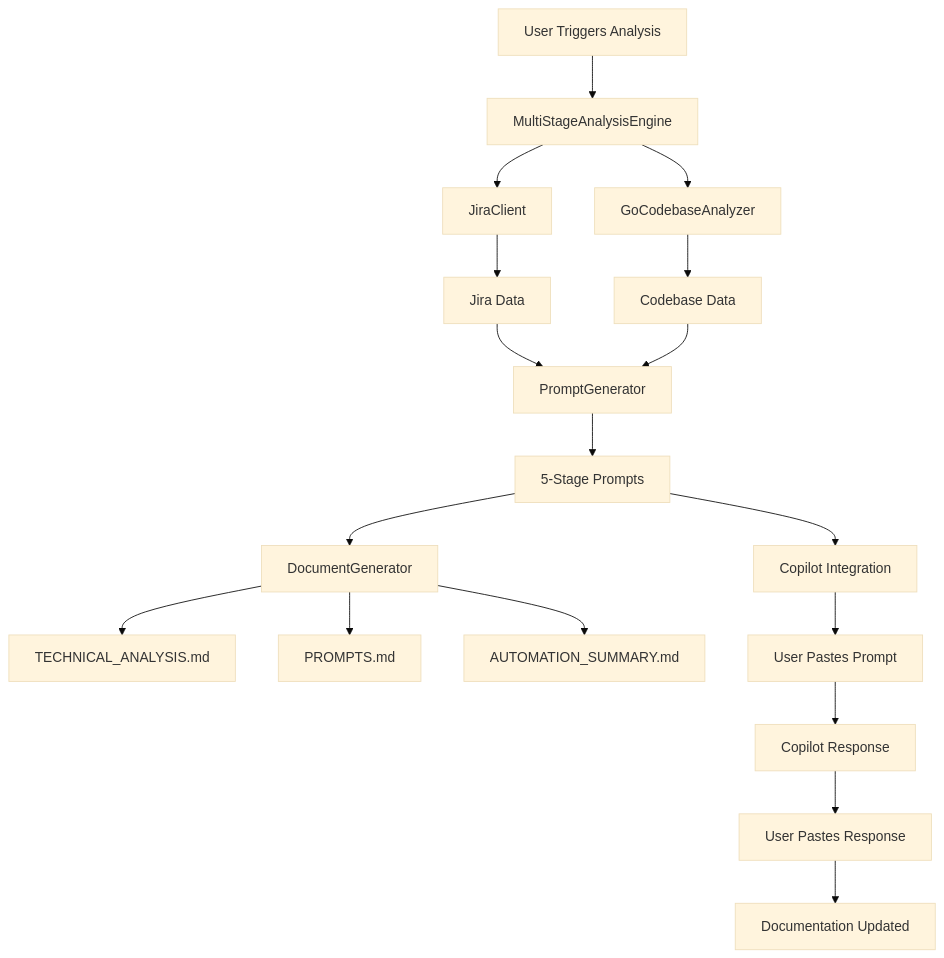
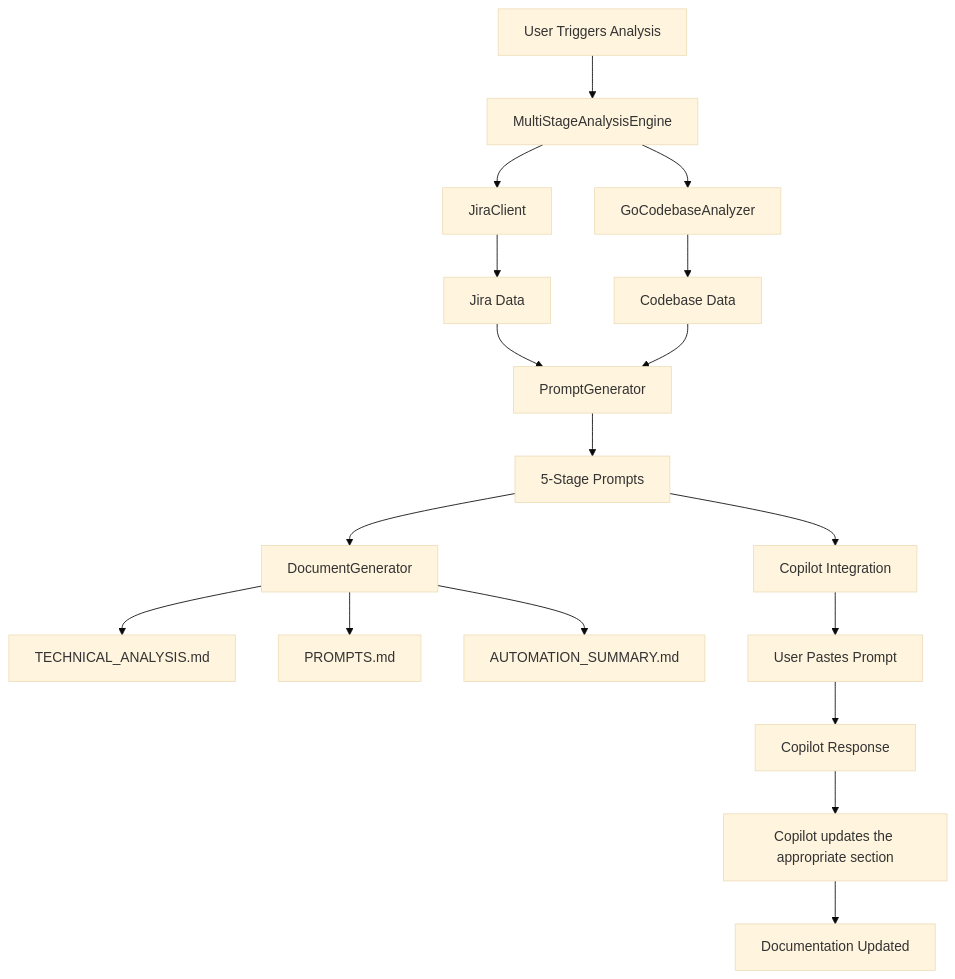
The first of 4 diagrams in docs/ARCHITECTURE.md (Srinidhi94/Product-Owner-AI-Agent), drawn with Mermaid (base theme) before and after one commit. The commit also changed other lines of this file, not shown here.

Commit message:
Fixed the issues with diagrams in docs

````diff
--- a/docs/ARCHITECTURE.md
+++ b/docs/ARCHITECTURE.md
@@ -6,20 +6,20 @@
 ```mermaid
 graph TD
     A[User Triggers Analysis] --> B[MultiStageAnalysisEngine]
     B --> C[JiraClient]
     B --> D[GoCodebaseAnalyzer]
     C --> E[Jira Data]
     D --> F[Codebase Data]
     E --> G[PromptGenerator]
     F --> G
     G --> H[5-Stage Prompts]
     H --> I[DocumentGenerator]
     I --> J[TECHNICAL_ANALYSIS.md]
     I --> K[PROMPTS.md]
     I --> L[AUTOMATION_SUMMARY.md]
     H --> M[Copilot Integration]
     M --> N[User Pastes Prompt]
     N --> O[Copilot Response]
-    O --> P[User Pastes Response]
+    O --> P[Copilot updates the appropriate section]
     P --> Q[Documentation Updated]
 ```
````
